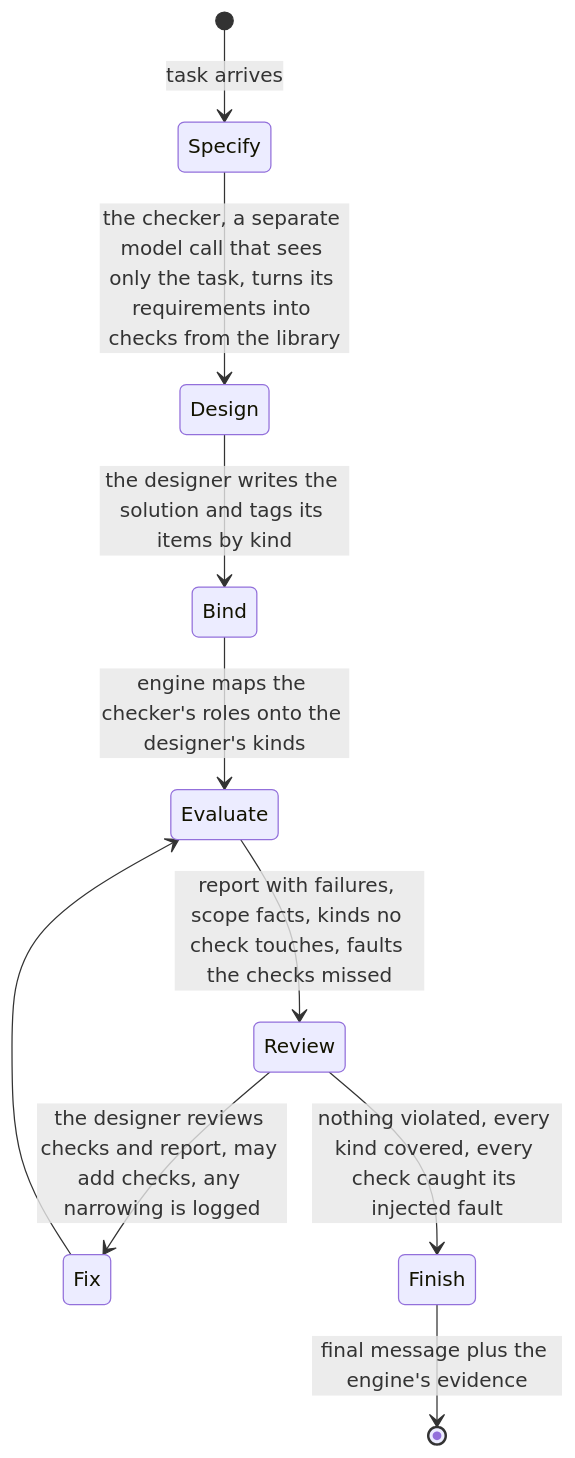
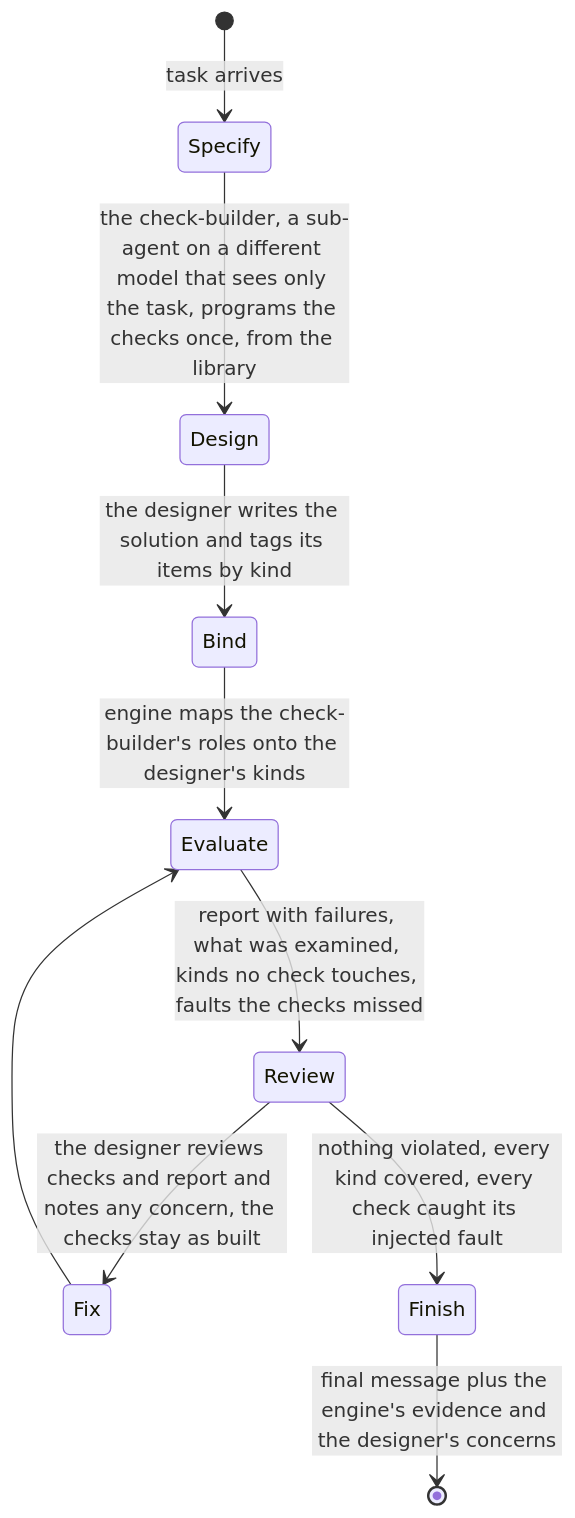
One commit to SophusRosendahl/ple-submission changed the diagram in docs/figures/fig4-structured-workflow.mmd. Above: the diagram before and after it, drawn with Mermaid. The commit also changed 6 other files, not shown here.

First line of the commit message:
Rung 3: check-builder sub-agent (different model, runs once, fixed checks), library plus custom checks, budget 40; open question on a second model and the rules

```diff
--- a/docs/figures/fig4-structured-workflow.mmd
+++ b/docs/figures/fig4-structured-workflow.mmd
@@ -1,10 +1,10 @@
 stateDiagram-v2
   [*] --> Specify: task arrives
-  Specify --> Design: the checker, a separate model call that sees only the task, turns its requirements into checks from the library
+  Specify --> Design: the check-builder, a sub-agent on a different model that sees only the task, programs the checks once, from the library
   Design --> Bind: the designer writes the solution and tags its items by kind
-  Bind --> Evaluate: engine maps the checker's roles onto the designer's kinds
-  Evaluate --> Review: report with failures, scope facts, kinds no check touches, faults the checks missed
-  Review --> Fix: the designer reviews checks and report, may add checks, any narrowing is logged
+  Bind --> Evaluate: engine maps the check-builder's roles onto the designer's kinds
+  Evaluate --> Review: report with failures, what was examined, kinds no check touches, faults the checks missed
+  Review --> Fix: the designer reviews checks and report and notes any concern, the checks stay as built
   Fix --> Evaluate
   Review --> Finish: nothing violated, every kind covered, every check caught its injected fault
-  Finish --> [*]: final message plus the engine's evidence
+  Finish --> [*]: final message plus the engine's evidence and the designer's concerns
```
